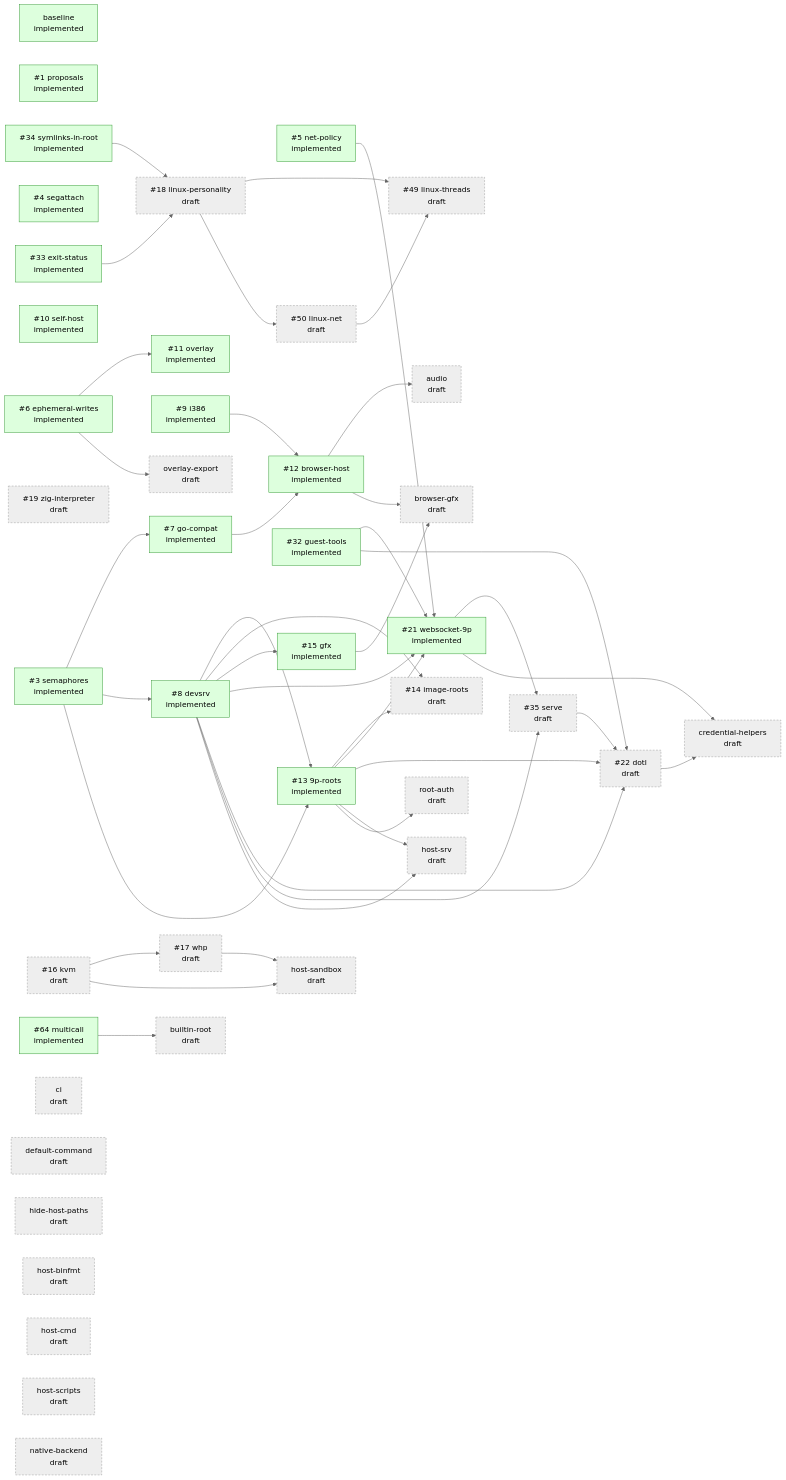
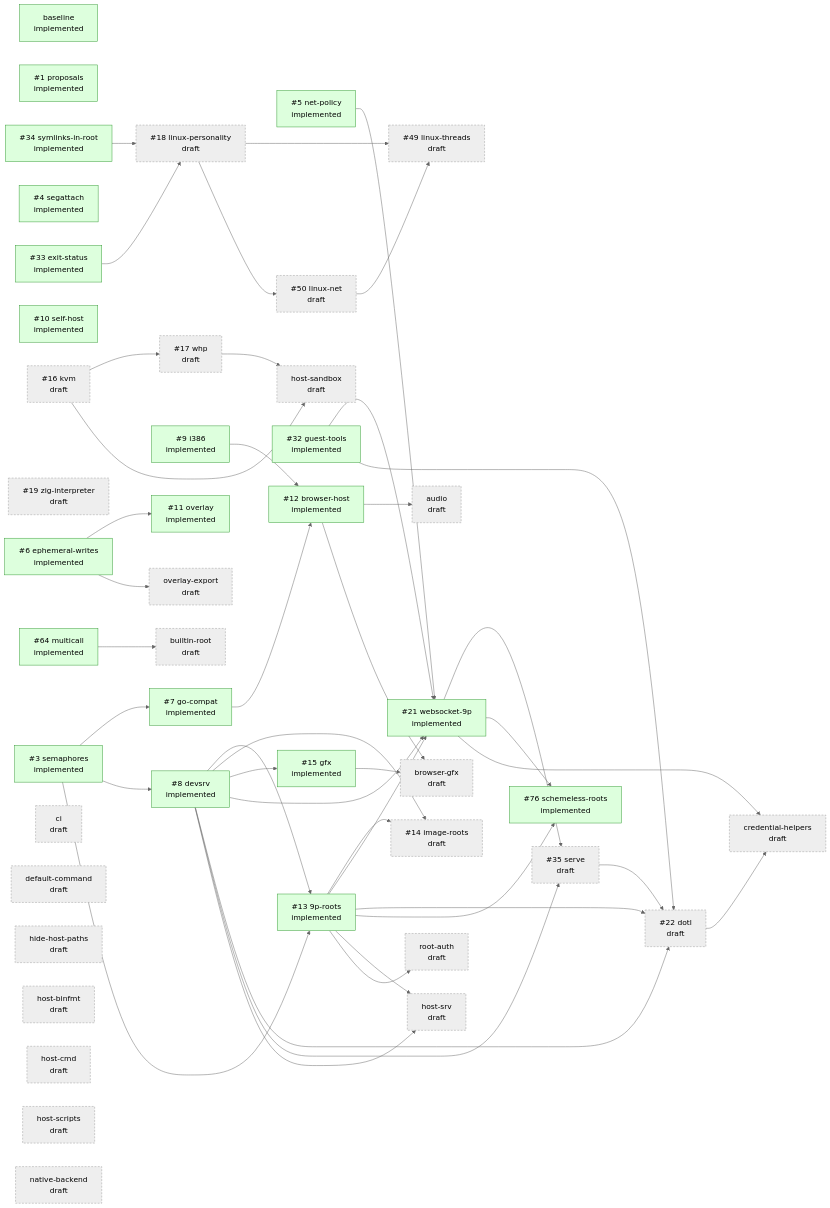
The diagram in design/STATUS.md (progrium/hyper9), drawn with Mermaid (neutral theme) before and after one commit. The commit also changed other lines of this file, not shown here.

Commit message:
design: regenerate STATUS.md

```diff
--- a/design/STATUS.md
+++ b/design/STATUS.md
@@ -84,6 +85,7 @@
   p_linux_threads["#35;49 linux-threads<br/>draft"]:::draft
   p_linux_net["#35;50 linux-net<br/>draft"]:::draft
   p_multicall["#35;64 multicall<br/>implemented"]:::implemented
+  p_schemeless_roots["#35;76 schemeless-roots<br/>implemented"]:::implemented
   p_audio["audio<br/>draft"]:::draft
   p_browser_gfx["browser-gfx<br/>draft"]:::draft
   p_builtin_root["builtin-root<br/>draft"]:::draft
@@ -125,6 +127,8 @@
   p_linux_personality --> p_linux_threads
   p_linux_net --> p_linux_threads
   p_linux_personality --> p_linux_net
+  p_9p_roots --> p_schemeless_roots
+  p_websocket_9p --> p_schemeless_roots
   p_browser_host --> p_audio
   p_browser_host --> p_browser_gfx
   p_gfx --> p_browser_gfx
```
